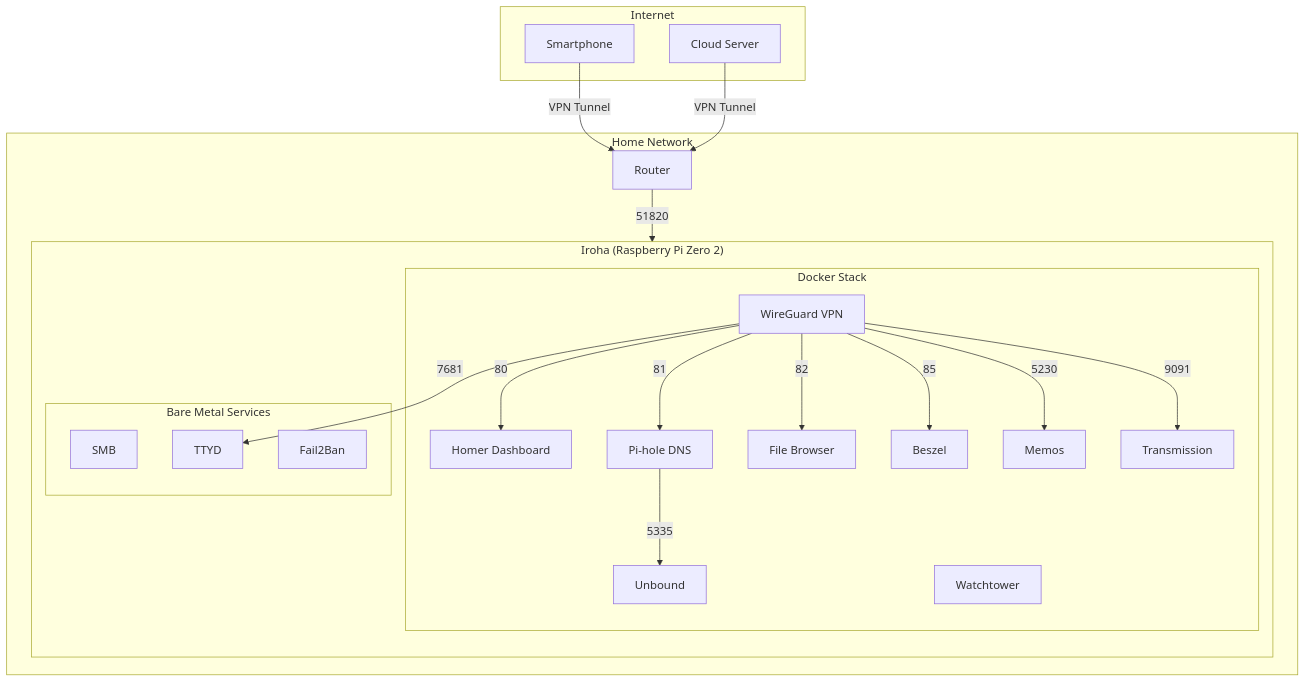
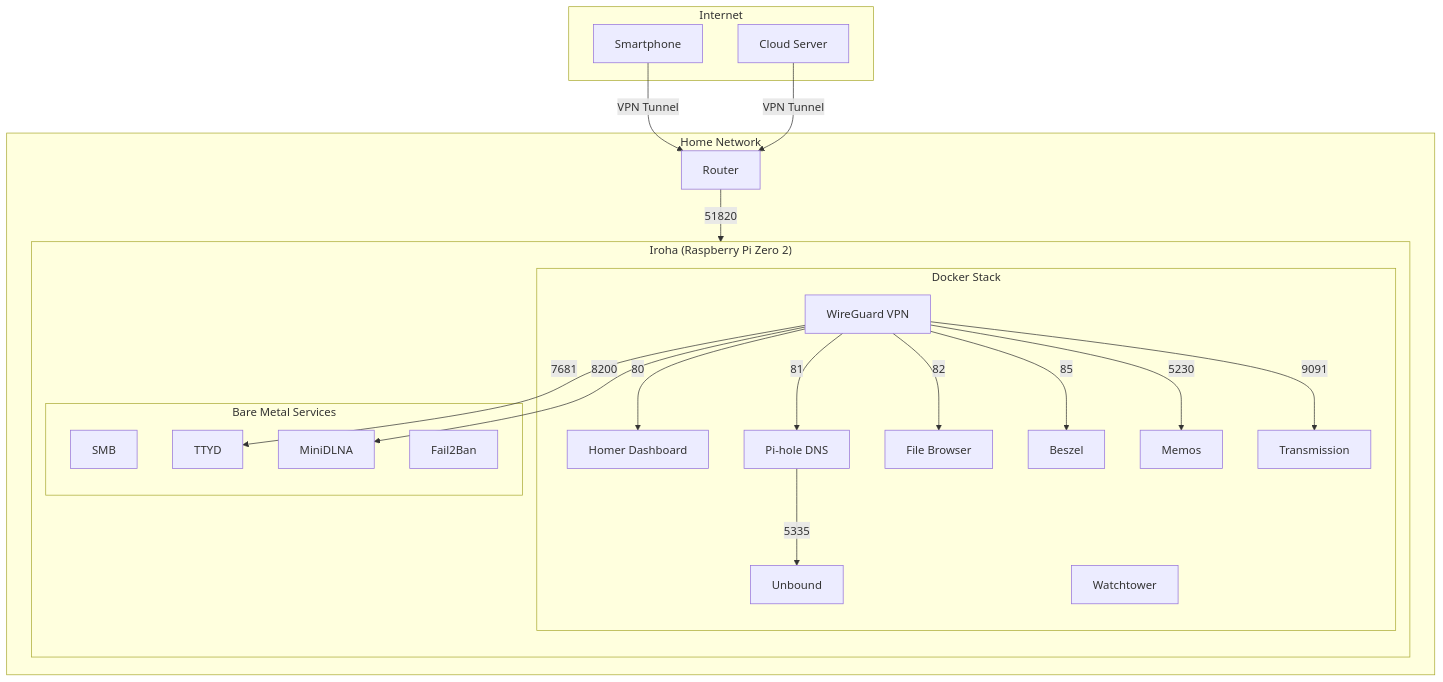
Before and after one commit to NishiyaKN/rpi: the diagram in README.md, drawn with Mermaid. The commit also changed other lines of this file and 1 other file, not shown here.

Commit message:
Backup: 2026-01-02 23:49:03

````diff
--- a/README.md
+++ b/README.md
@@ -28,49 +29,51 @@
 ```mermaid
 ---
 config:
   layout: dagre
 ---
 flowchart TB
  subgraph Internet["Internet"]
         Phone["Smartphone"]
         Cloud["Cloud Server"]
   end
  subgraph subGraph1["Docker Stack"]
         WG["WireGuard VPN"]
         HM["Homer Dashboard"]
         PH["️Pi-hole DNS"]
         UN["Unbound"]
         FB["File Browser"]
         TR["Transmission"]
         WT["Watchtower"]
         MM["Memos"]
         BZ["Beszel"]
 
   end
  subgraph subGraph2["Bare Metal Services"]
         SMB["SMB"]
         F2B["Fail2Ban"]
+        MDLNA["MiniDLNA"]
         TTYD["TTYD"]
   end
  subgraph subGraph3["Iroha (Raspberry Pi Zero 2)"]
     direction TB
         subGraph1
         subGraph2
   end
  subgraph subGraph4["Home Network"]
         Router["Router"]
         subGraph3
   end
     Phone -- VPN Tunnel --> Router
     Cloud -- VPN Tunnel --> Router
     Router -- 51820 --> WG
     WG -- 80 --> HM
     WG -- 81 --> PH
     WG -- 82 --> FB
     WG -- 85 --> BZ
     WG -- 5230 --> MM
     PH -- 5335 --> UN
     WG -- 9091 --> TR
     WG -- 7681 --> TTYD
+    WG -- 8200 --> MDLNA
 
 ```
````
